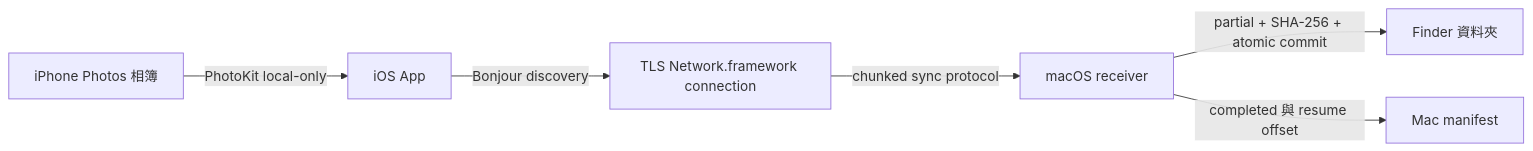
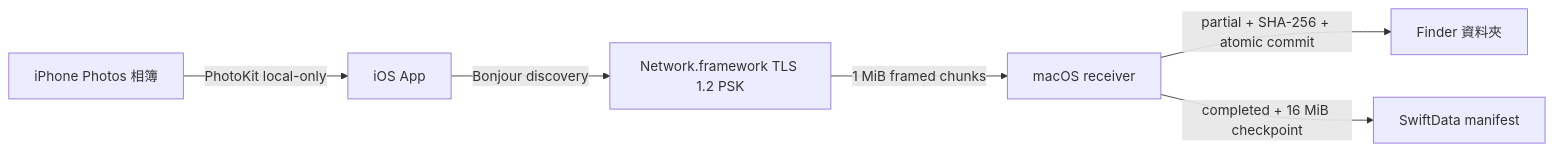
The diagram in README.md (BizShuk/iphone_sync), drawn with Mermaid before and after one commit. The commit also changed other lines of this file and 32 other files, not shown here.

````diff
--- a/README.md
+++ b/README.md
@@ -16,8 +16,8 @@
 ```mermaid
 flowchart LR
     A["iPhone Photos 相簿"] -->|"PhotoKit local-only"| B["iOS App"]
-    B -->|"Bonjour discovery"| C["TLS Network.framework connection"]
-    C -->|"chunked sync protocol"| D["macOS receiver"]
+    B -->|"Bonjour discovery"| C["Network.framework TLS 1.2 PSK"]
+    C -->|"1 MiB framed chunks"| D["macOS receiver"]
     D -->|"partial + SHA-256 + atomic commit"| E["Finder 資料夾"]
-    D -->|"completed 與 resume offset"| F["Mac manifest"]
+    D -->|"completed + 16 MiB checkpoint"| F["SwiftData manifest"]
 ```
````
